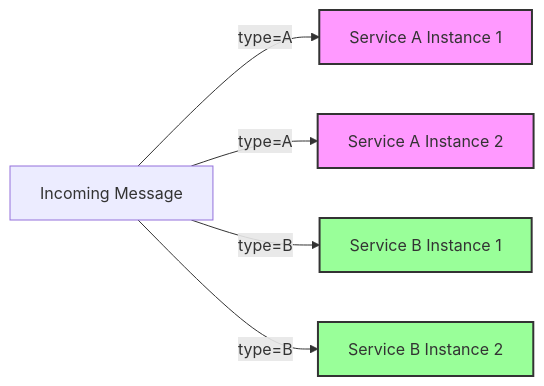
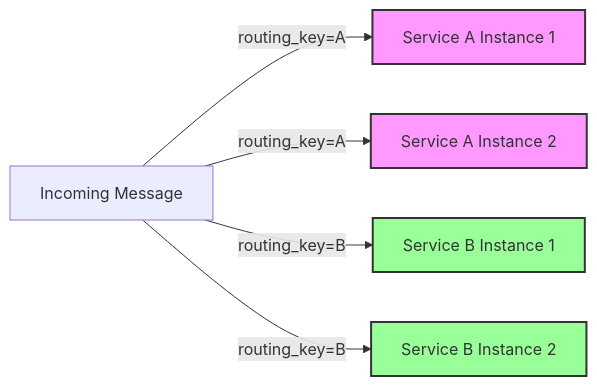
The second of 8 diagrams in modules/communication-async/slides/1 - Async communication.md (nbicocchi/learn-microservices), drawn with Mermaid before and after one commit. The commit also changed other lines of this file and 4 other files, not shown here.

````diff
--- a/modules/communication-async/slides/1 - Async communication.md
+++ b/modules/communication-async/slides/1 - Async communication.md
@@ -163,12 +170,12 @@
 ```mermaid
 flowchart LR
-    M[Incoming Message] -->|type=A| S1[Service A Instance 1]
-    M -->|type=A| S1b[Service A Instance 2]
-    M -->|type=B| S2[Service B Instance 1]
-    M -->|type=B| S2b[Service B Instance 2]
+    M[Incoming Message] -->|routing_key=A| S1[Service A Instance 1]
+    M -->|routing_key=A| S1b[Service A Instance 2]
+    M -->|routing_key=B| S2[Service B Instance 1]
+    M -->|routing_key=B| S2b[Service B Instance 2]
 
     style S1 fill:#f9f,stroke:#333,stroke-width:2px
     style S1b fill:#f9f,stroke:#333,stroke-width:2px
     style S2 fill:#9f9,stroke:#333,stroke-width:2px
     style S2b fill:#9f9,stroke:#333,stroke-width:2px
 ```
````
